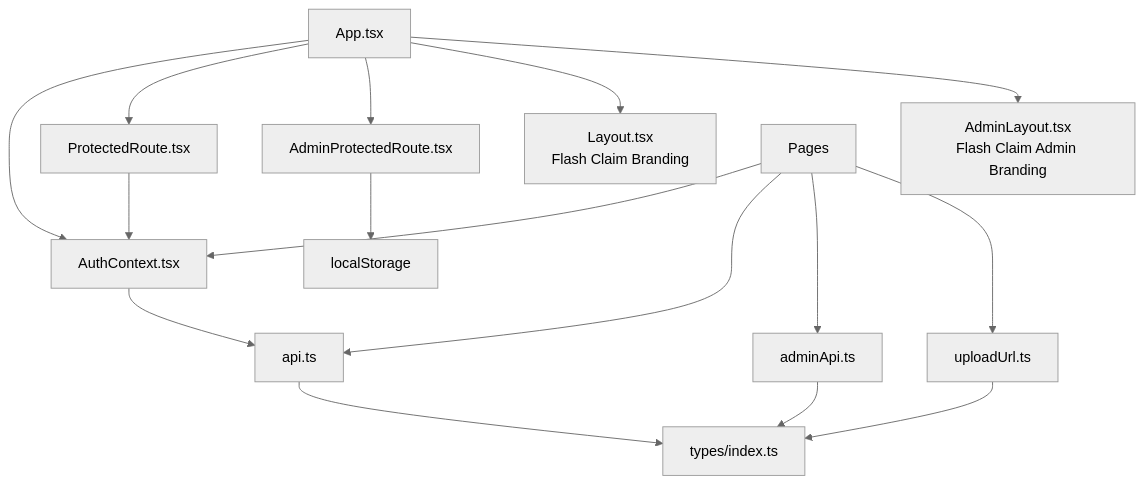
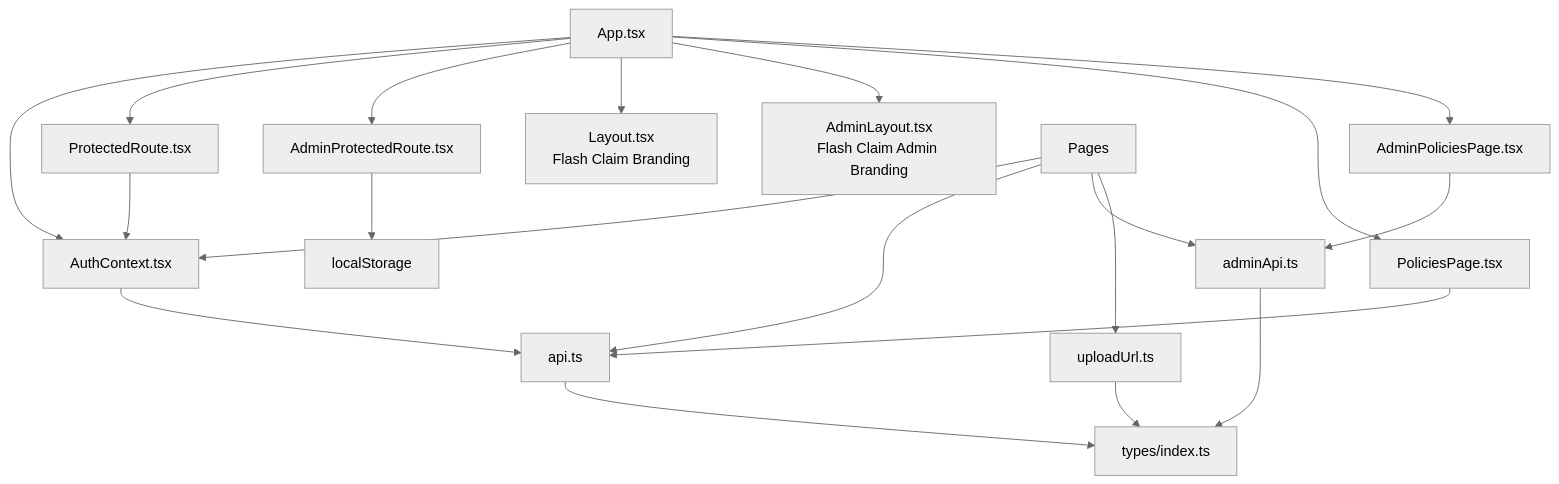
Diagram 11 of 13 in .qoder/repowiki/en/content/Frontend Documentation/Frontend Documentation.md (NaveenHiranya/Smart-Vehicle-Insurance-Claim-System), drawn with Mermaid (neutral theme) before and after one commit. The commit also changed other lines of this file and 38 other files, not shown here.

````diff
--- a/.qoder/repowiki/en/content/Frontend Documentation/Frontend Documentation.md
+++ b/.qoder/repowiki/en/content/Frontend Documentation/Frontend Documentation.md
@@ -397,18 +487,22 @@
 ```mermaid
 graph TB
 App["App.tsx"] --> Auth["AuthContext.tsx"]
 App --> PR["ProtectedRoute.tsx"]
 App --> APR["AdminProtectedRoute.tsx"]
 App --> L["Layout.tsx<br/>Flash Claim Branding"]
 App --> AL["AdminLayout.tsx<br/>Flash Claim Admin Branding"]
+App --> PP["PoliciesPage.tsx"]
+App --> APP["AdminPoliciesPage.tsx"]
 Pages["Pages"] --> Auth
 Pages --> API["api.ts"]
 Pages --> AAPI["adminApi.ts"]
 Pages --> Utils["uploadUrl.ts"]
+PP --> API
+APP --> AAPI
 Auth --> API
 PR --> Auth
 APR --> LocalStorage["localStorage"]
 API --> Types["types/index.ts"]
 AAPI --> Types
 Utils --> Types
 ```
````
